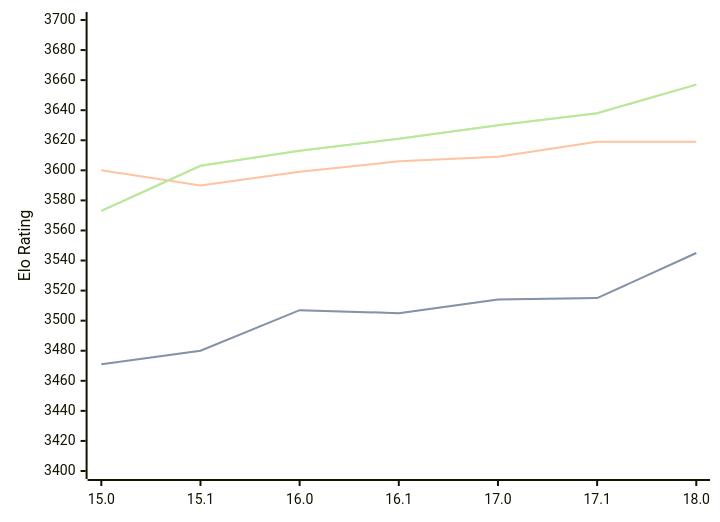
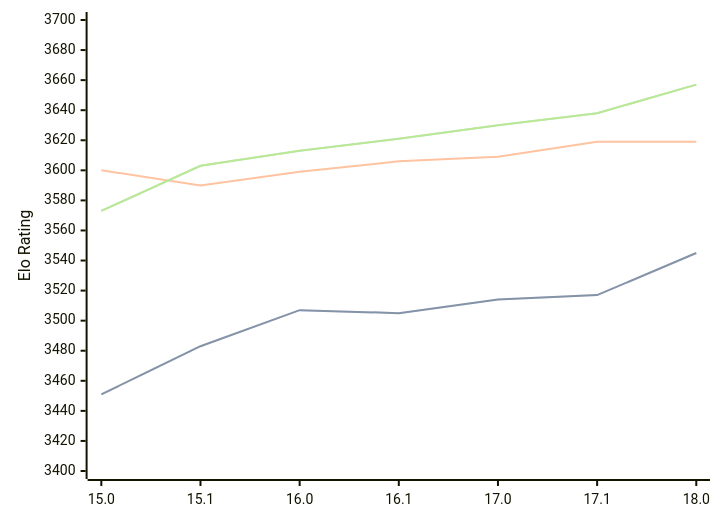
The diagram in engines/Stockfish.md (computer-chess-index/cci), drawn with Mermaid before and after one commit. The commit also changed other lines of this file, not shown here.

````diff
--- a/engines/Stockfish.md
+++ b/engines/Stockfish.md
@@ -42,11 +42,11 @@
 ```mermaid
 %%{init: {"theme":"base","themeVariables":{"seriesColors:['#a3a3a3','#222221','#faa371']}}}%%
 xychart-beta
   x-axis ["15.0", "15.1", "16.0", "16.1", "17.0", "17.1", "18.0"]
   y-axis "Elo Rating" 3400 --> 3700
-  line "STC (8.0+0.08s)" [3471, 3480, 3507, 3505, 3514, 3515, 3545]
-  line "STC (8.0+0.08s)" [3471, 3480, 3507, 3505, 3514, 3515, 3545]
+  line "STC (8.0+0.08s)" [3451, 3483, 3507, 3505, 3514, 3517, 3545]
+  line "STC (8.0+0.08s)" [3451, 3483, 3507, 3505, 3514, 3517, 3545]
   line "LTC (60.0+0.60s)" [3600, 3590, 3599, 3606, 3609, 3619, 3619]
   line "VLTC (2m24s+1.12s)" [3573, 3603, 3613, 3621, 3630, 3638, 3657]
   line "VLTC (2m24s+1.12s)" [3573, 3603, 3613, 3621, 3630, 3638, 3657]
 ```
````
